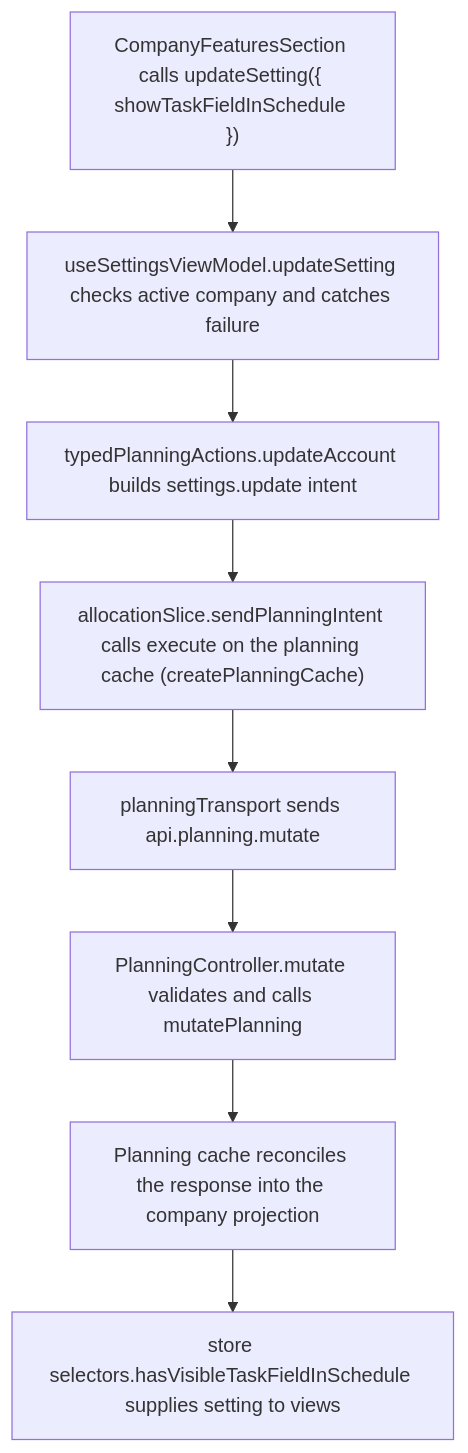
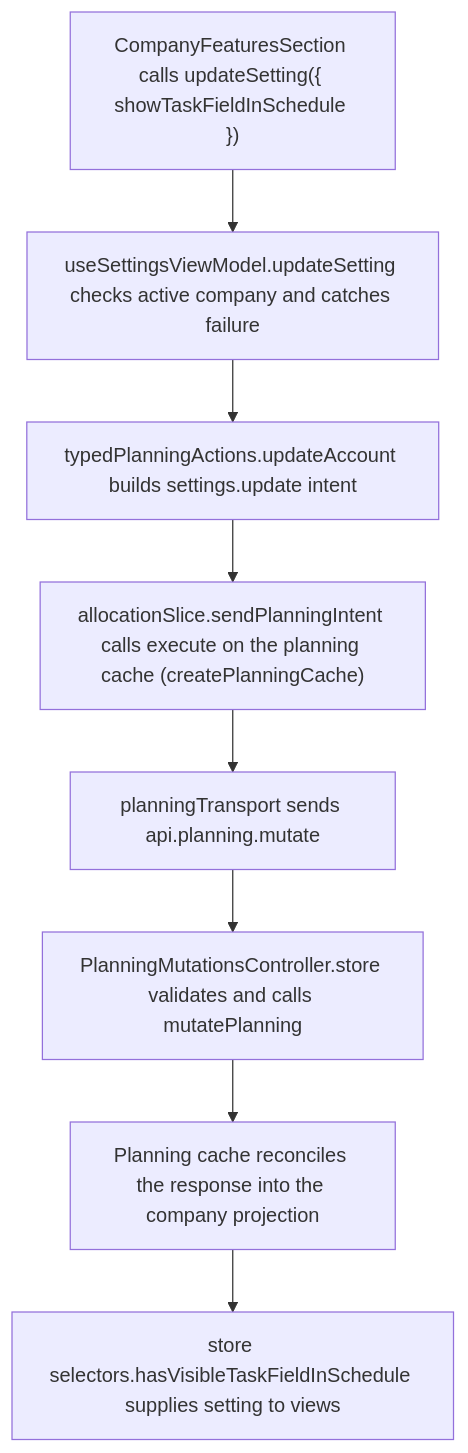
Before and after one commit to Kevinjohn/capacitylens: the second of 2 diagrams in user-stories/settings/US-SET-24-task-field.md, drawn with Mermaid. The commit also changed other lines of this file and 139 other files, not shown here.

````diff
--- a/user-stories/settings/US-SET-24-task-field.md
+++ b/user-stories/settings/US-SET-24-task-field.md
@@ -29,10 +29,10 @@
 ```mermaid
 flowchart TD
   control["CompanyFeaturesSection calls updateSetting({ showTaskFieldInSchedule })"] --> view["useSettingsViewModel.updateSetting checks active company and catches failure"]
   view --> action["typedPlanningActions.updateAccount builds settings.update intent"]
   action --> execute["allocationSlice.sendPlanningIntent calls execute on the planning cache (createPlanningCache)"]
   execute --> transport["planningTransport sends api.planning.mutate"]
-  transport --> route["PlanningController.mutate validates and calls mutatePlanning"]
+  transport --> route["PlanningMutationsController.store validates and calls mutatePlanning"]
   route --> reply["Planning cache reconciles the response into the company projection"]
   reply --> read["store selectors.hasVisibleTaskFieldInSchedule supplies setting to views"]
 ```
````
